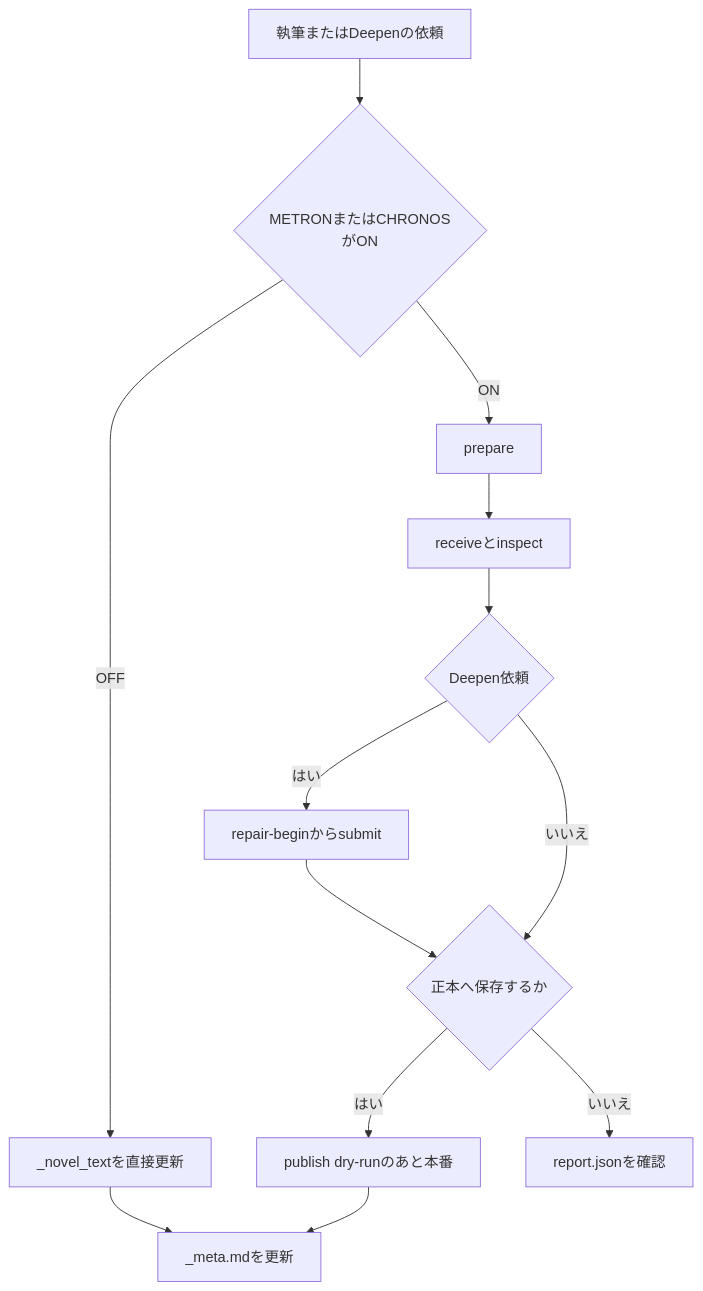
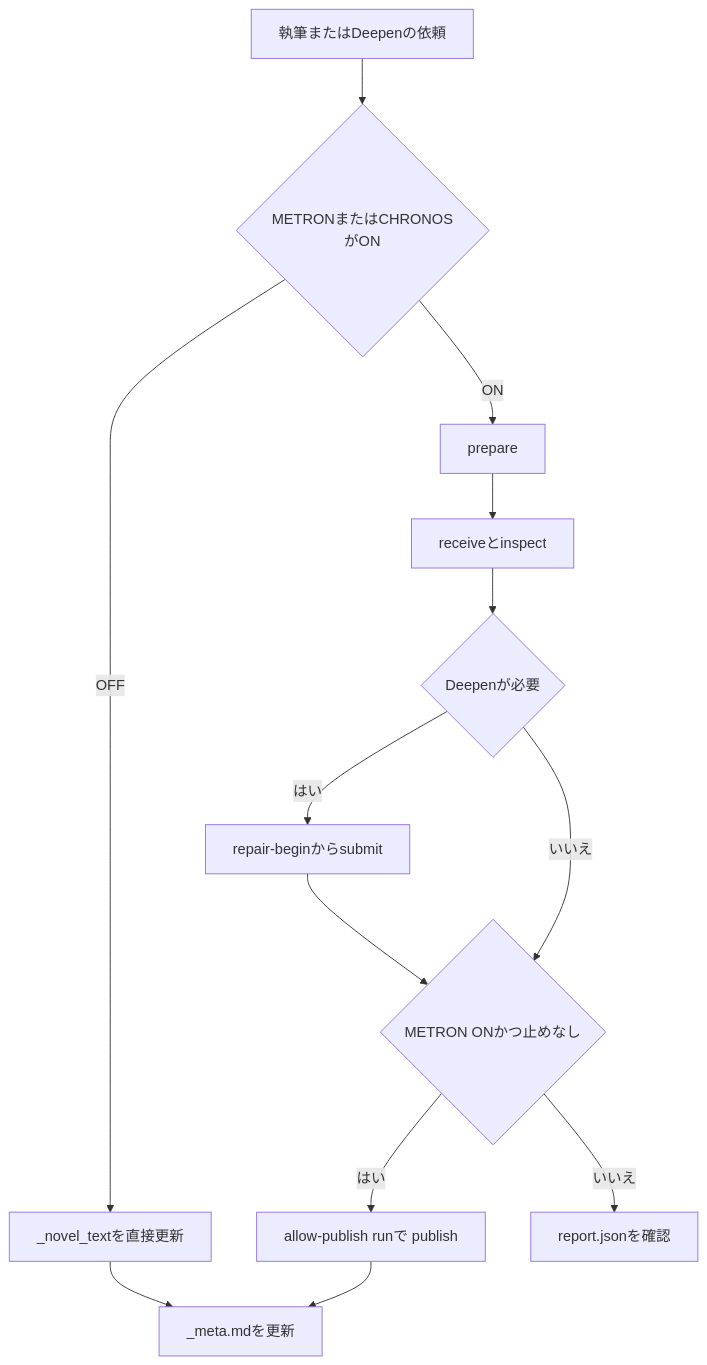
Before and after one commit to kavao/monogatari-coach: the diagram in docs/architecture/writing-bridge.md, drawn with Mermaid. The commit also changed other lines of this file and 22 other files, not shown here.

````diff
--- a/docs/architecture/writing-bridge.md
+++ b/docs/architecture/writing-bridge.md
@@ -91,15 +93,15 @@
 ```mermaid
 flowchart TD
     Request[執筆またはDeepenの依頼] --> Flags{METRONまたはCHRONOSがON}
     Flags -->|OFF| Direct[_novel_textを直接更新]
     Flags -->|ON| Prepare[prepare]
     Prepare --> Receive[receiveとinspect]
-    Receive --> Repair{Deepen依頼}
+    Receive --> Repair{Deepenが必要}
     Repair -->|はい| Jobs[repair-beginからsubmit]
-    Repair -->|いいえ| PublishAsk{正本へ保存するか}
-    Jobs --> PublishAsk
-    PublishAsk -->|はい| Publish[publish dry-runのあと本番]
-    PublishAsk -->|いいえ| Report[report.jsonを確認]
+    Repair -->|いいえ| MetronPub{METRON ONかつ止めなし}
+    Jobs --> MetronPub
+    MetronPub -->|はい| Publish[allow-publish runで publish]
+    MetronPub -->|いいえ| Report[report.jsonを確認]
     Publish --> Meta[_meta.mdを更新]
     Direct --> Meta
 ```
````
